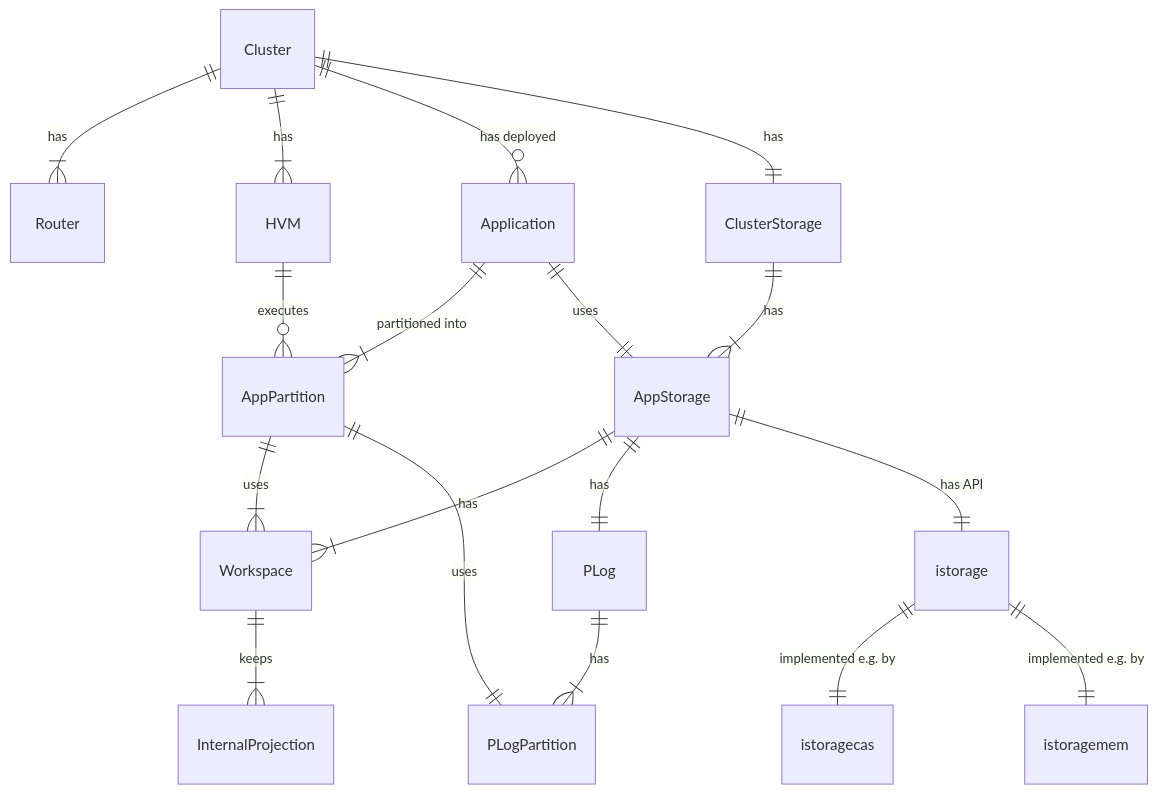
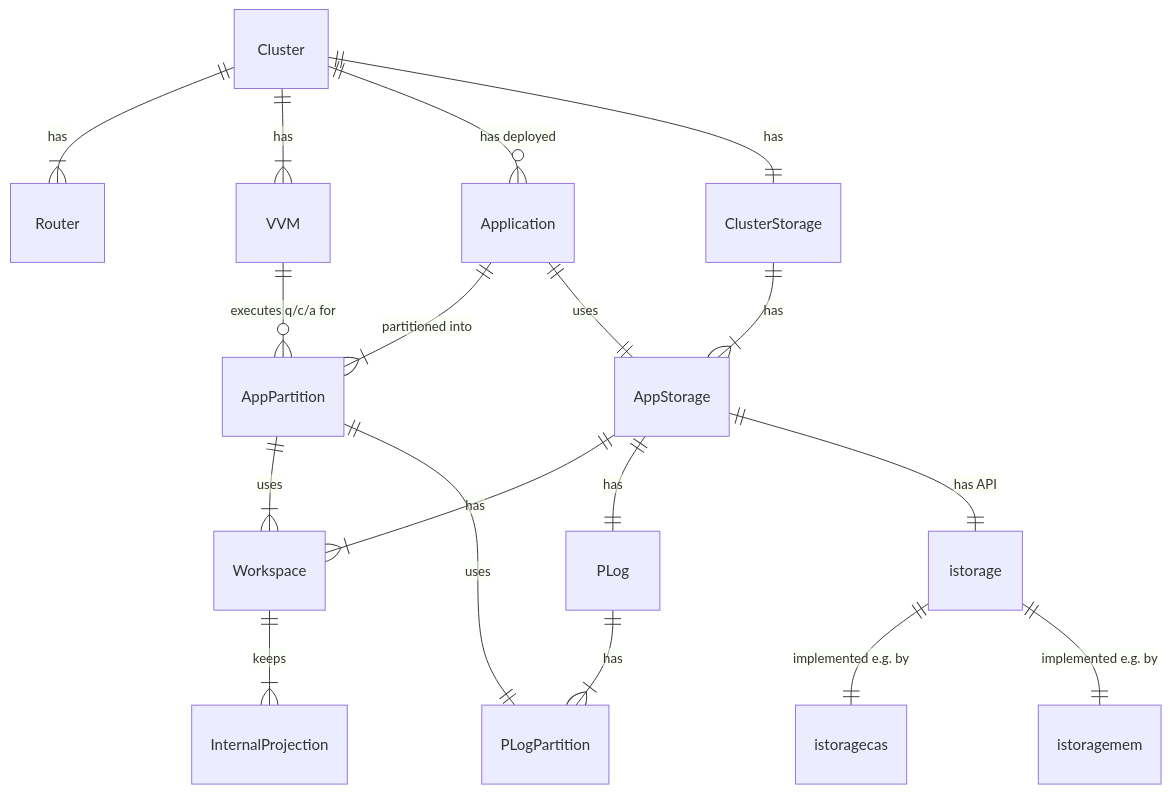
The third of 16 diagrams in design/README.md (voedger/voedger), drawn with Mermaid before and after one commit. The commit also changed other lines of this file, not shown here.

````diff
--- a/design/README.md
+++ b/design/README.md
@@ -130,28 +130,26 @@
 ```mermaid
     erDiagram
     Cluster ||--|{ Router : has
-    Cluster ||--|{ HVM : has
+    Cluster ||--|{ VVM : has
     Cluster ||--o{ Application : "has deployed"
     Cluster ||--|| ClusterStorage : has
     ClusterStorage ||--|{ AppStorage : has
 
     Application ||--|{ AppPartition : "partitioned into"
     Application ||--|| AppStorage : "uses"
     AppPartition ||--|{ Workspace : "uses"
     AppPartition ||--|| PLogPartition : "uses"
 
     AppStorage ||--|{ Workspace: has
     AppStorage ||--|| PLog: has
 
     AppStorage ||--|| istorage: "has API"
     istorage ||--|| istoragecas : "implemented e.g. by"
     istorage ||--|| istoragemem : "implemented e.g. by"
 
     Workspace ||--|{ InternalProjection: keeps
     PLog ||--|{ PLogPartition : has
 
-
-
-    HVM ||--o{ AppPartition : executes
+    VVM ||--o{ AppPartition : "executes q/c/a for"
 
 ```
````
